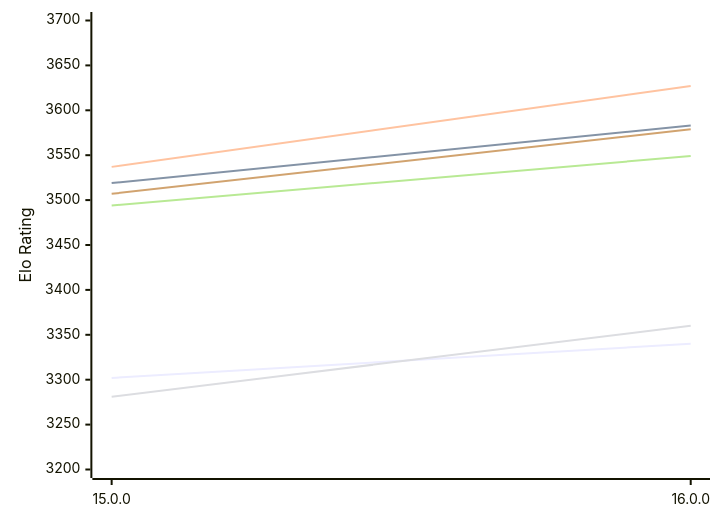
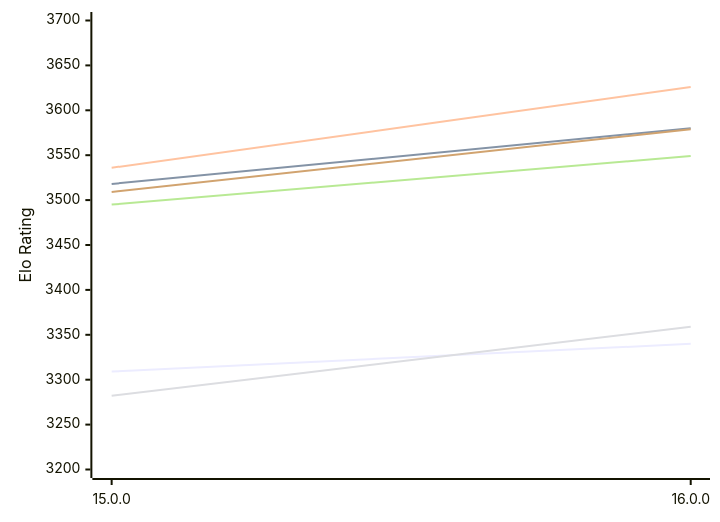
Before and after one commit to computer-chess-index/cci: the first of 2 diagrams in engines/Halogen.md, drawn with Mermaid. The commit also changed other lines of this file, not shown here.

Commit message:
Update CCI Ratings (ELO VLTC) - 2026-11-28

````diff
--- a/engines/Halogen.md
+++ b/engines/Halogen.md
@@ -50,12 +50,12 @@
 ```mermaid
 %%{init: {"theme":"base","themeVariables":{"seriesColors:['#a3a3a3','#222221','#faa371']}}}%%
 xychart-beta
   x-axis ["15.0.0", "16.0.0"]
   y-axis "Elo Rating" 3200 --> 3700
-  line "E1: STC (8.0+0.08s)" [3302, 3340]
-  line "E1: LTC (60.0+0.60s)" [3519, 3583]
-  line "E1: VLTC (2m24s+1.12s)" [3537, 3627]
-  line "P1: STC (8.0+0.08s)" [3281, 3360]
-  line "P1: LTC (60.0+0.60s)" [3494, 3549]
-  line "P1: VLTC (2m24s+1.12s)" [3507, 3579]
+  line "E1: STC (8.0+0.08s)" [3309, 3340]
+  line "E1: LTC (60.0+0.60s)" [3518, 3580]
+  line "E1: VLTC (2m24s+1.12s)" [3536, 3626]
+  line "P1: STC (8.0+0.08s)" [3282, 3359]
+  line "P1: LTC (60.0+0.60s)" [3495, 3549]
+  line "P1: VLTC (2m24s+1.12s)" [3509, 3579]
 ```
````
